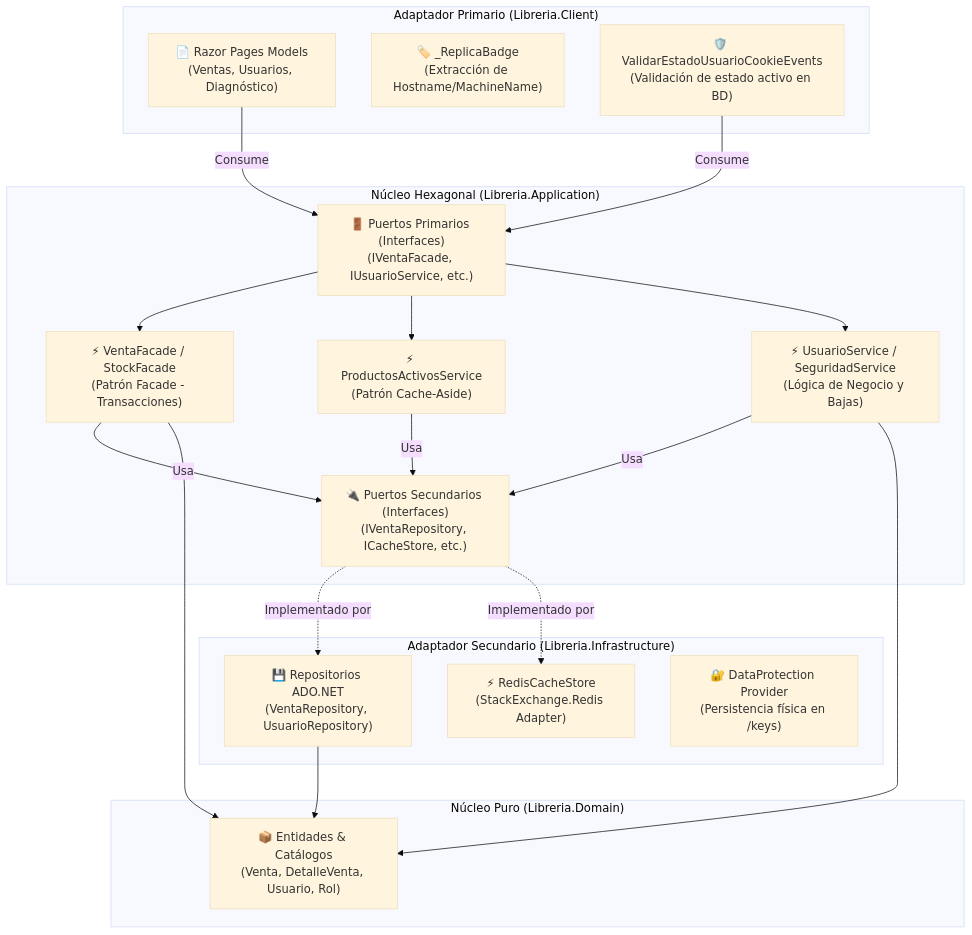
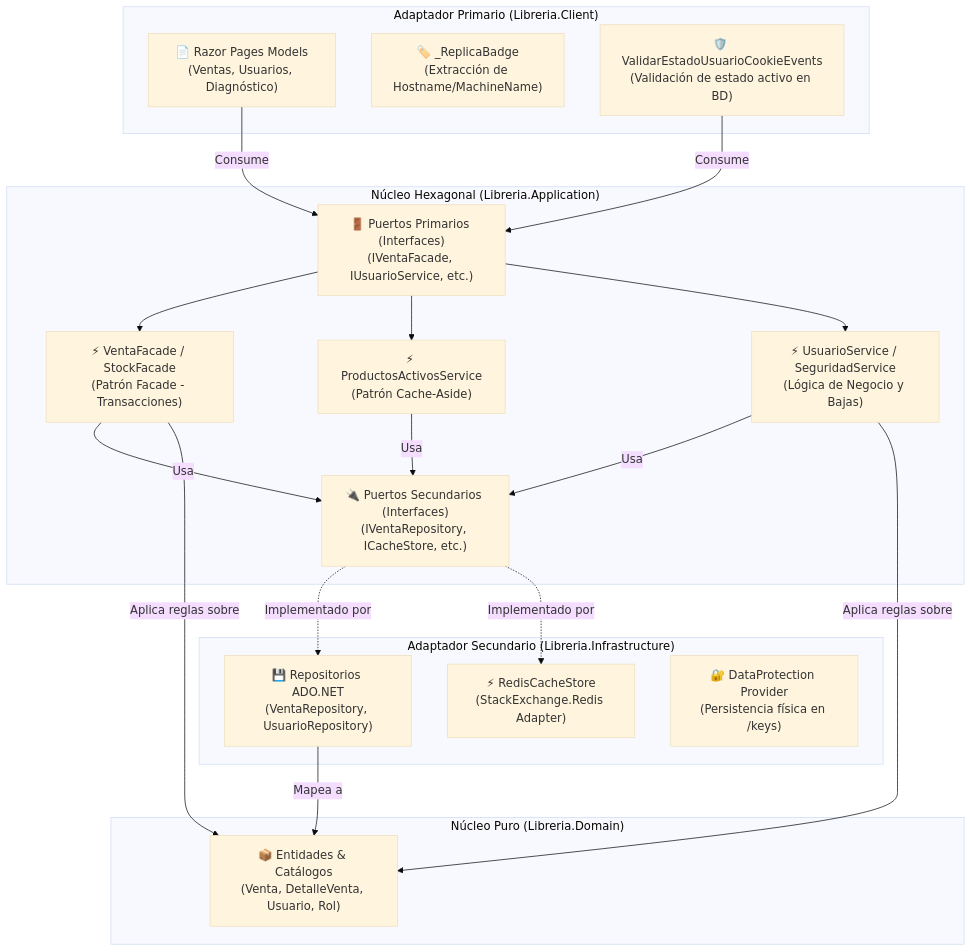
One commit to Lackio-EL-14/Proyecto_Libreria_arqsoft changed the third of 5 diagrams in docs/INFORME_TECNICO_2DO_ENTREGABLE.md. Above: the diagram before and after it, drawn with Mermaid (base theme). The commit also changed other lines of this file, not shown here.

Commit message:
fix(docs): corregir sintaxis mermaid y ajustar diagramas C4 Nivel 2 y Vista Integrada

````diff
--- a/docs/INFORME_TECNICO_2DO_ENTREGABLE.md
+++ b/docs/INFORME_TECNICO_2DO_ENTREGABLE.md
@@ -198,43 +189,43 @@
 ```mermaid
 graph TB
     subgraph ClientLayer["Adaptador Primario (Libreria.Client)"]
         RazorPages["📄 Razor Pages Models<br>(Ventas, Usuarios, Diagnóstico)"]
         ReplicaBadge["🏷️ _ReplicaBadge<br>(Extracción de Hostname/MachineName)"]
         AuthEvents["🛡️ ValidarEstadoUsuarioCookieEvents<br>(Validación de estado activo en BD)"]
     end
 
     subgraph ApplicationLayer["Núcleo Hexagonal (Libreria.Application)"]
         VentaFacade["⚡ VentaFacade / StockFacade<br>(Patrón Facade - Transacciones)"]
         ProdService["⚡ ProductosActivosService<br>(Patrón Cache-Aside)"]
         UserService["⚡ UsuarioService / SeguridadService<br>(Lógica de Negocio y Bajas)"]
         PrimaryPorts["🚪 Puertos Primarios (Interfaces)<br>(IVentaFacade, IUsuarioService, etc.)"]
         SecondaryPorts["🔌 Puertos Secundarios (Interfaces)<br>(IVentaRepository, ICacheStore, etc.)"]
     end
 
     subgraph InfraLayer["Adaptador Secundario (Libreria.Infrastructure)"]
         SqlRepos["💾 Repositorios ADO.NET<br>(VentaRepository, UsuarioRepository)"]
         RedisStore["⚡ RedisCacheStore<br>(StackExchange.Redis Adapter)"]
         DataProtectionCfg["🔐 DataProtection Provider<br>(Persistencia física en /keys)"]
     end
 
     subgraph DomainLayer["Núcleo Puro (Libreria.Domain)"]
         Entities["📦 Entidades & Catálogos<br>(Venta, DetalleVenta, Usuario, Rol)"]
     end
 
-    RazorPages -->|Consume| PrimaryPorts
-    AuthEvents -->|Consume| PrimaryPorts
+    RazorPages -->|"Consume"| PrimaryPorts
+    AuthEvents -->|"Consume"| PrimaryPorts
     PrimaryPorts --> VentaFacade
     PrimaryPorts --> ProdService
     PrimaryPorts --> UserService
 
-    VentaFacade -->|Usa| SecondaryPorts
-    ProdService -->|Usa| SecondaryPorts
-    UserService -->|Usa| SecondaryPorts
+    VentaFacade -->|"Usa"| SecondaryPorts
+    ProdService -->|"Usa"| SecondaryPorts
+    UserService -->|"Usa"| SecondaryPorts
 
-    SecondaryPorts -.->|Implementado por| SqlRepos
-    SecondaryPorts -.->|Implementado por| RedisStore
+    SecondaryPorts -.->|"Implementado por"| SqlRepos
+    SecondaryPorts -.->|"Implementado por"| RedisStore
 
-    SqlRepos --> Entities
-    VentaFacade --> Entities
-    UserService --> Entities
+    SqlRepos -->|"Mapea a"| Entities
+    VentaFacade -->|"Aplica reglas sobre"| Entities
+    UserService -->|"Aplica reglas sobre"| Entities
 ```
````
